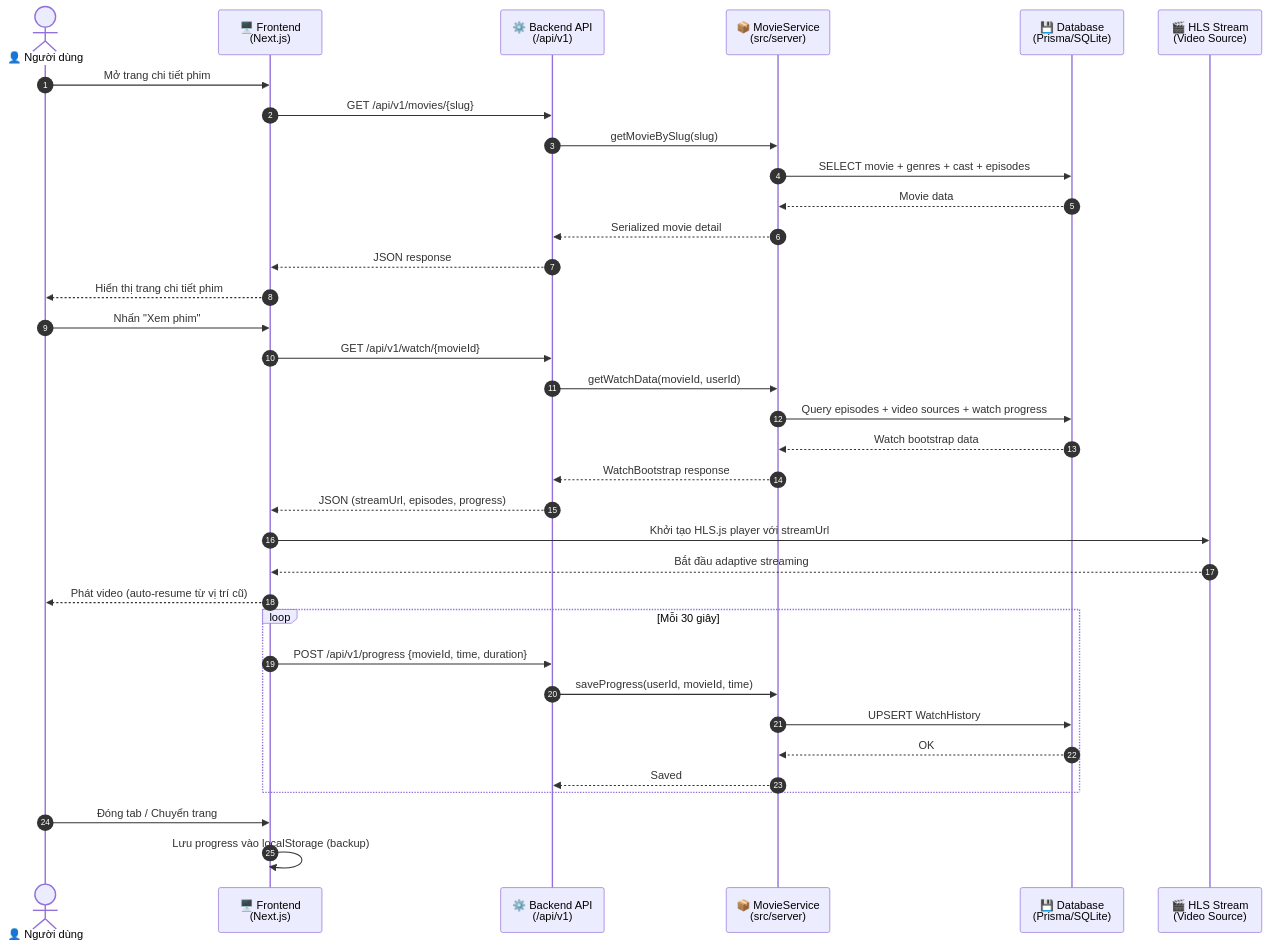
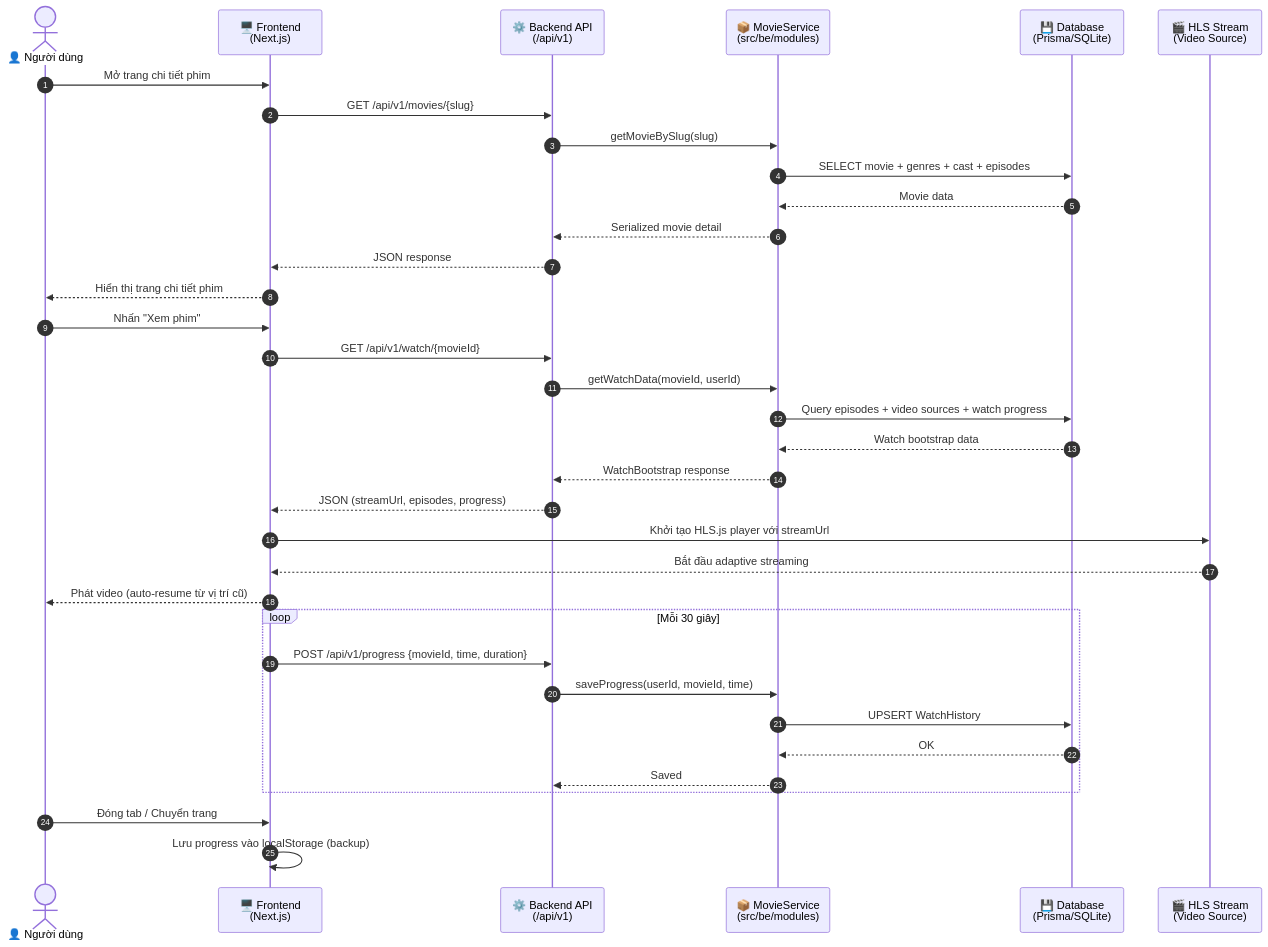
The eighth of 18 diagrams in README.md (Terence-0310/TERENCE), drawn with Mermaid before and after one commit. The commit also changed other lines of this file and 440 other files, not shown here.

````diff
--- a/README.md
+++ b/README.md
@@ -709,42 +684,42 @@
 ```mermaid
 sequenceDiagram
     autonumber
     actor User as 👤 Người dùng
     participant FE as 🖥️ Frontend<br/>(Next.js)
     participant API as ⚙️ Backend API<br/>(/api/v1)
-    participant SV as 📦 MovieService<br/>(src/server)
+    participant SV as 📦 MovieService<br/>(src/be/modules)
     participant DB as 💾 Database<br/>(Prisma/SQLite)
     participant HLS as 🎬 HLS Stream<br/>(Video Source)
 
     User->>FE: Mở trang chi tiết phim
     FE->>API: GET /api/v1/movies/{slug}
     API->>SV: getMovieBySlug(slug)
     SV->>DB: SELECT movie + genres + cast + episodes
     DB-->>SV: Movie data
     SV-->>API: Serialized movie detail
     API-->>FE: JSON response
     FE-->>User: Hiển thị trang chi tiết phim
 
     User->>FE: Nhấn "Xem phim"
     FE->>API: GET /api/v1/watch/{movieId}
     API->>SV: getWatchData(movieId, userId)
     SV->>DB: Query episodes + video sources + watch progress
     DB-->>SV: Watch bootstrap data
     SV-->>API: WatchBootstrap response
     API-->>FE: JSON (streamUrl, episodes, progress)
 
     FE->>HLS: Khởi tạo HLS.js player với streamUrl
     HLS-->>FE: Bắt đầu adaptive streaming
     FE-->>User: Phát video (auto-resume từ vị trí cũ)
 
     loop Mỗi 30 giây
         FE->>API: POST /api/v1/progress {movieId, time, duration}
         API->>SV: saveProgress(userId, movieId, time)
         SV->>DB: UPSERT WatchHistory
         DB-->>SV: OK
         SV-->>API: Saved
     end
 
     User->>FE: Đóng tab / Chuyển trang
     FE->>FE: Lưu progress vào localStorage (backup)
 ```
````
